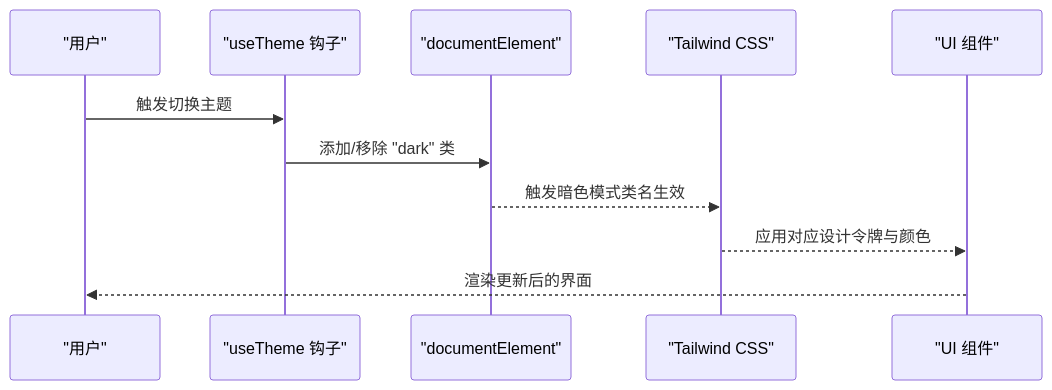
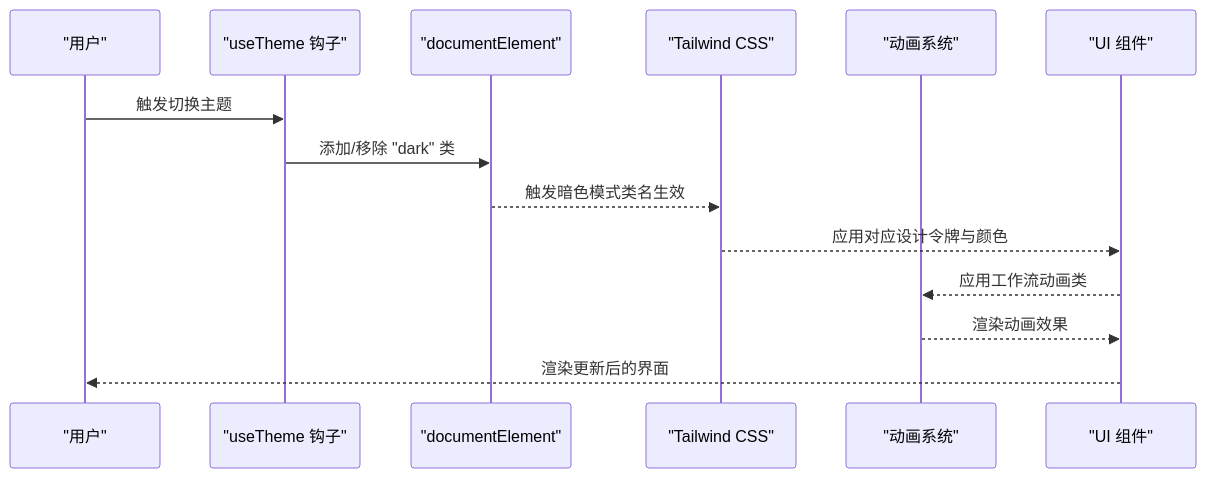
The second of 6 diagrams in .qoder/repowiki/zh/content/WebUI前端系统/样式与主题系统.md (gongzeq/VAPT3), drawn with Mermaid before and after one commit. The commit also changed other lines of this file and 33 other files, not shown here.

````diff
--- a/.qoder/repowiki/zh/content/WebUI前端系统/样式与主题系统.md
+++ b/.qoder/repowiki/zh/content/WebUI前端系统/样式与主题系统.md
@@ -114,13 +137,16 @@
 ```mermaid
 sequenceDiagram
 participant U as "用户"
 participant TH as "useTheme 钩子"
 participant DOC as "documentElement"
 participant TW as "Tailwind CSS"
+participant ANI as "动画系统"
 participant UI as "UI 组件"
 U->>TH : 触发切换主题
 TH->>DOC : 添加/移除 "dark" 类
 DOC-->>TW : 触发暗色模式类名生效
 TW-->>UI : 应用对应设计令牌与颜色
+UI-->>ANI : 应用工作流动画类
+ANI-->>UI : 渲染动画效果
 UI-->>U : 渲染更新后的界面
 ```
````
